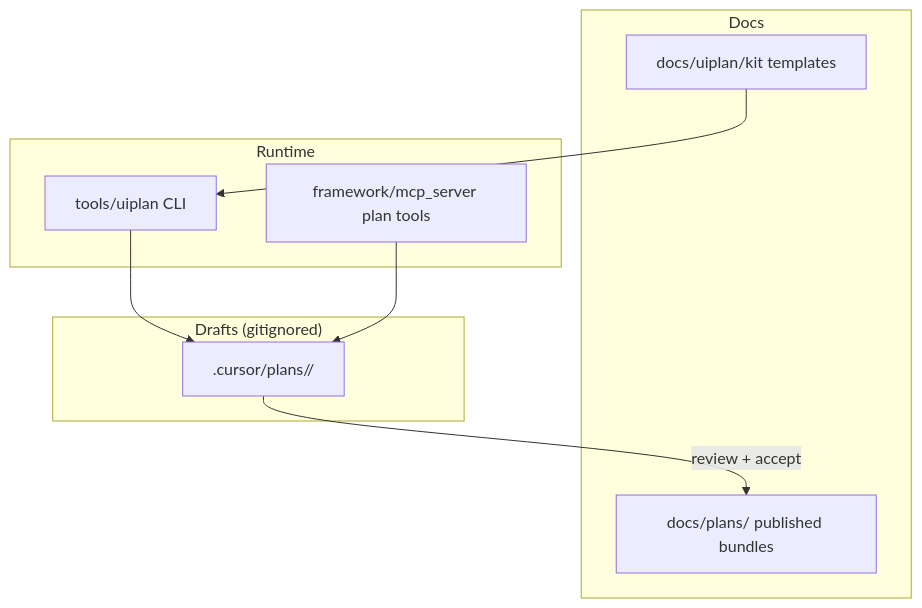
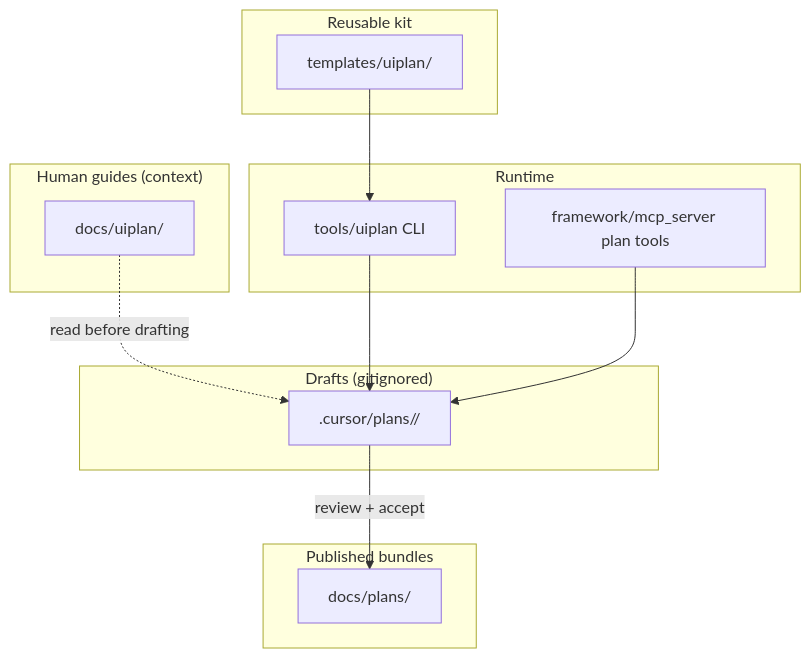
One commit to DanielaRosenn/uiplan-agent-of-agents changed the second of 3 diagrams in docs/uiplan/README.md. Above: the diagram before and after it, drawn with Mermaid. The commit also changed other lines of this file and 39 other files, not shown here.

````diff
--- a/docs/uiplan/README.md
+++ b/docs/uiplan/README.md
@@ -50,18 +51,24 @@
 ```mermaid
 flowchart TB
-  subgraph Docs["Docs"]
-    U[docs/uiplan/kit templates]:::service
-    P[docs/plans/ published bundles]:::process
+  subgraph Guides["Human guides (context)"]
+    H[docs/uiplan/]:::human
+  end
+  subgraph Templates["Reusable kit"]
+    U[templates/uiplan/]:::service
+  end
+  subgraph Published["Published bundles"]
+    P[docs/plans/]:::process
   end
   subgraph Runtime["Runtime"]
     T[tools/uiplan CLI]:::service
     F[framework/mcp_server plan tools]:::service
   end
   subgraph Drafts["Drafts (gitignored)"]
     C[".cursor/plans/<slug>/"]:::human
   end
   U --> T
+  H -.->|read before drafting| C
   T --> C
   C -->|review + accept| P
   F --> C
 ```
````
